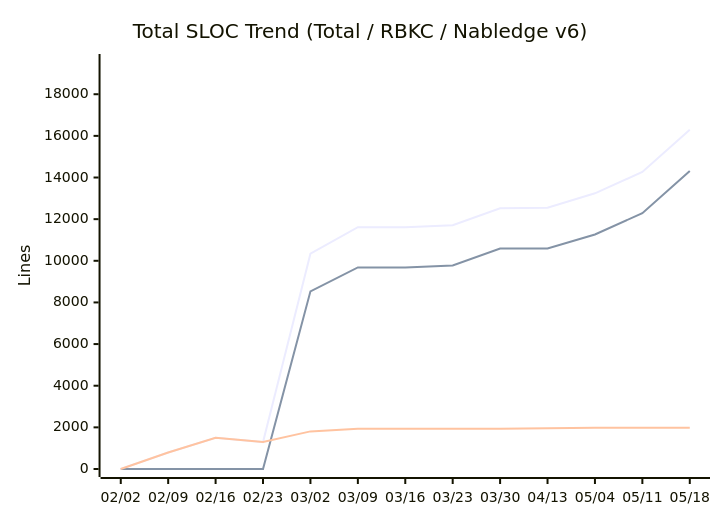
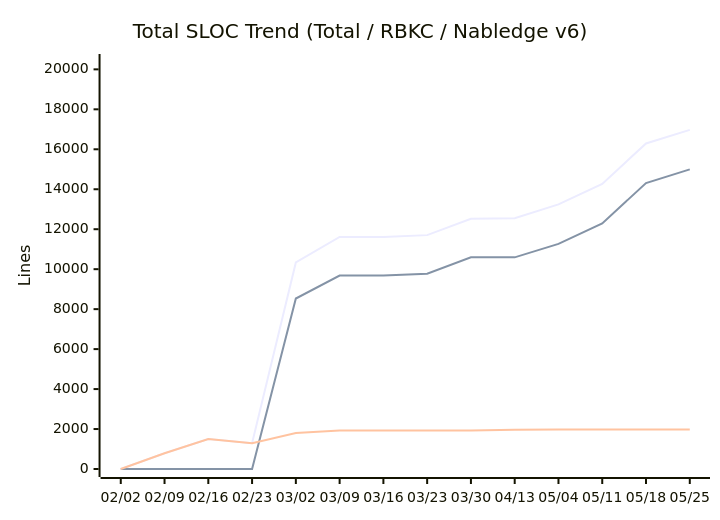
The eighth of 14 diagrams in docs/metrics.md (nablarch/nabledge-dev), drawn with Mermaid before and after one commit. The commit also changed other lines of this file and 2 other files, not shown here.

````diff
--- a/docs/metrics.md
+++ b/docs/metrics.md
@@ -121,9 +121,9 @@
 ```mermaid
 xychart-beta
   title "Total SLOC Trend (Total / RBKC / Nabledge v6)"
-  x-axis ["02/02", "02/09", "02/16", "02/23", "03/02", "03/09", "03/16", "03/23", "03/30", "04/13", "05/04", "05/11", "05/18"]
-  y-axis "Lines" 0 --> 19548
-  line [0, 789, 1503, 1293, 10339, 11613, 11613, 11704, 12523, 12553, 13242, 14265, 16290]
-  line [0, 0, 0, 0, 8533, 9682, 9682, 9773, 10592, 10592, 11264, 12287, 14312]
-  line [0, 789, 1503, 1293, 1806, 1931, 1931, 1931, 1931, 1961, 1978, 1978, 1978]
+  x-axis ["02/02", "02/09", "02/16", "02/23", "03/02", "03/09", "03/16", "03/23", "03/30", "04/13", "05/04", "05/11", "05/18", "05/25"]
+  y-axis "Lines" 0 --> 20368
+  line [0, 789, 1503, 1293, 10339, 11613, 11613, 11704, 12523, 12553, 13242, 14265, 16290, 16973]
+  line [0, 0, 0, 0, 8533, 9682, 9682, 9773, 10592, 10592, 11264, 12287, 14312, 14995]
+  line [0, 789, 1503, 1293, 1806, 1931, 1931, 1931, 1931, 1961, 1978, 1978, 1978, 1978]
 ```
````
